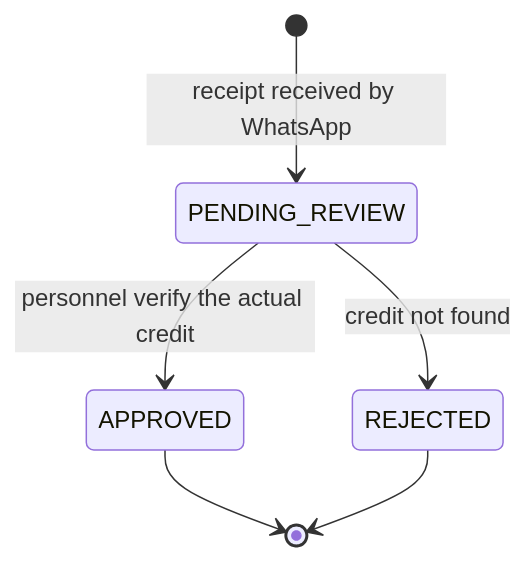
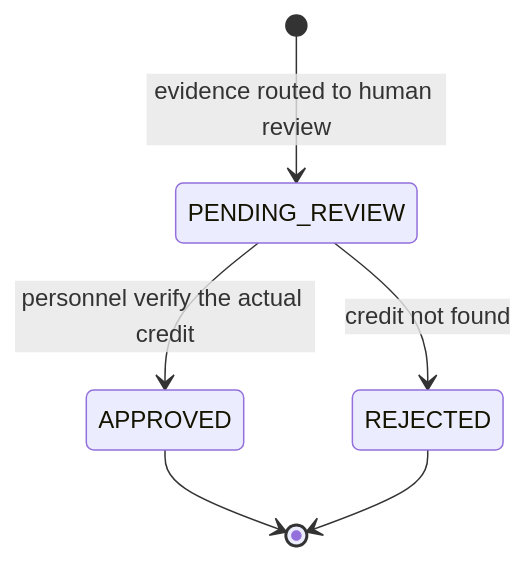
The second of 2 diagrams in docs/product-specs/uc-03/invariants.md (nanonoir/Agendoxa), drawn with Mermaid before and after one commit. The commit also changed other lines of this file and 5 other files, not shown here.

Commit message:
docs(uc-03): define preliminary receipt screening and human escalation

````diff
--- a/docs/product-specs/uc-03/invariants.md
+++ b/docs/product-specs/uc-03/invariants.md
@@ -195,8 +201,8 @@
 ```mermaid
 stateDiagram-v2
-    [*] --> PENDING_REVIEW: receipt received by WhatsApp
+    [*] --> PENDING_REVIEW: evidence routed to human review
     PENDING_REVIEW --> APPROVED: personnel verify the actual credit
     PENDING_REVIEW --> REJECTED: credit not found
     APPROVED --> [*]
     REJECTED --> [*]
 ```
````
